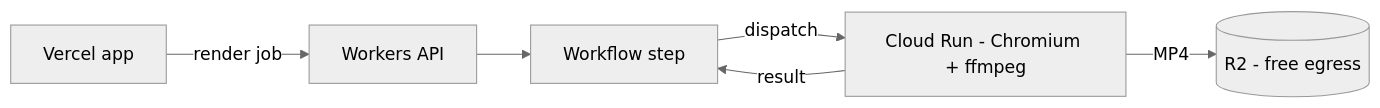
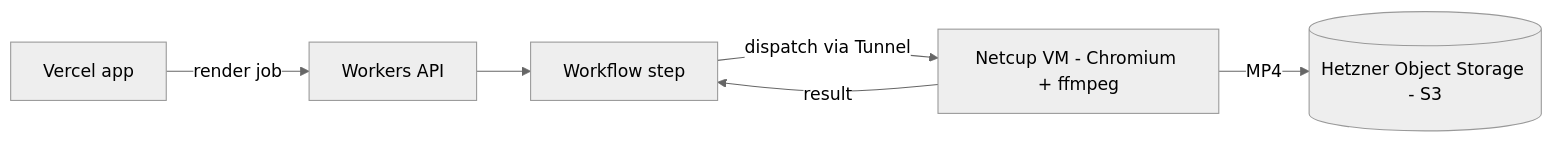
One commit to noah-sheldon/contentforge changed the fourth of 12 diagrams in PLAN.md. Above: the diagram before and after it, drawn with Mermaid (neutral theme). The commit also changed other lines of this file and 3 other files, not shown here.

First line of the commit message:
docs(architecture): align diagrams with decided system; per-phase diagrams

````diff
--- a/PLAN.md
+++ b/PLAN.md
@@ -81,8 +83,8 @@
 ```mermaid
 flowchart LR
     APP[Vercel app] -->|render job| API[Workers API]
     API --> WF[Workflow step]
-    WF -->|dispatch| CR[Cloud Run - Chromium + ffmpeg]
-    CR -->|MP4| R2[(R2 - free egress)]
-    CR -->|result| WF
+    WF -->|dispatch via Tunnel| VM[Netcup VM - Chromium + ffmpeg]
+    VM -->|MP4| OBJ[(Hetzner Object Storage - S3)]
+    VM -->|result| WF
 ```
````
